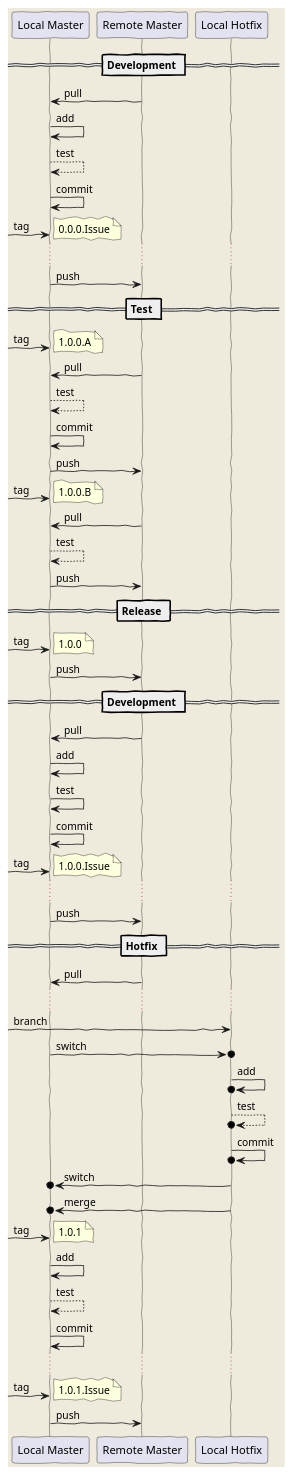
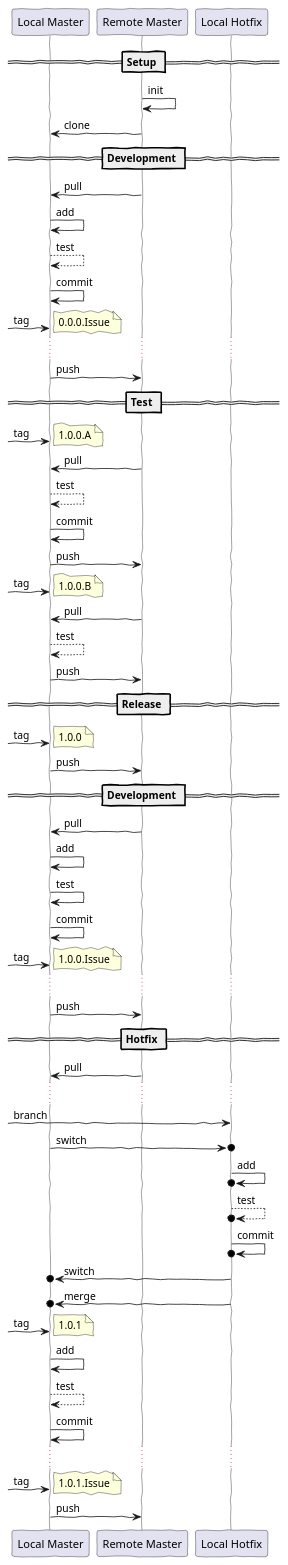
Before and after one commit to braboj/tutorial-git: the diagram in assets/uml/git_workflow_diagram.puml, drawn with PlantUML. The commit also changed 6 other files, not shown here.

Commit message:
Update of the planuml diagrams

```diff
--- a/assets/uml/git_workflow_diagram.puml
+++ b/assets/uml/git_workflow_diagram.puml
@@ -1,73 +1,77 @@
 @startuml
 skinparam lifelineStrategy solid
-skinparam backgroundColor #EEEBDC
+'skinparam backgroundColor #EEEBDC
 skinparam handwritten true
 participant "Local Master" as Local
 participant "Remote Master" as Remote
 participant "Local Hotfix" as Hotfix
+
+== Setup ==
+Remote -> Remote: init
+Remote -> Local: clone
 
 == Development ==
 Remote -> Local: pull
 Local -> Local: add
 Local --> Local: test
 Local -> Local: commit
 
 [-> Local: tag
 note right: 0.0.0.Issue
 ...
 Local -> Remote: push
 
 == Test ==
 
 [-> Local: tag
 note right: 1.0.0.A
 Remote -> Local: pull
 Local --> Local: test
 Local -> Local: commit
 Local -> Remote: push
 
 [-> Local: tag
 note right: 1.0.0.B
 Remote -> Local: pull
 Local --> Local: test
 Local -> Remote: push
 
 == Release ==
 [-> Local: tag
 note right: 1.0.0
 Local -> Remote: push
 
 == Development ==
 Remote -> Local: pull
 Local -> Local: add
 Local -> Local: test
 Local -> Local: commit
 
 [-> Local: tag
 note right: 1.0.0.Issue
 ...
 Local -> Remote: push
 
 
 == Hotfix ==
 Remote -> Local: pull
 ...
 
 [-> Hotfix: branch
 Local ->o Hotfix: switch
 Hotfix ->o Hotfix: add
 Hotfix -->o Hotfix: test
 Hotfix ->o Hotfix: commit
 Hotfix ->o Local: switch
 Hotfix ->o Local: merge
 [-> Local: tag
 note right: 1.0.1
 
 Local -> Local: add
 Local --> Local: test
 Local -> Local: commit
 ...
 [-> Local: tag
 note right: 1.0.1.Issue
 Local -> Remote: push
 @enduml
```
